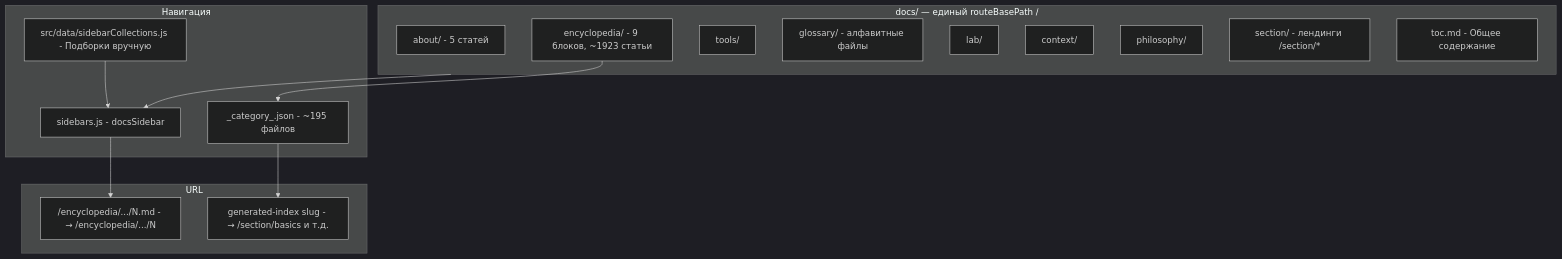
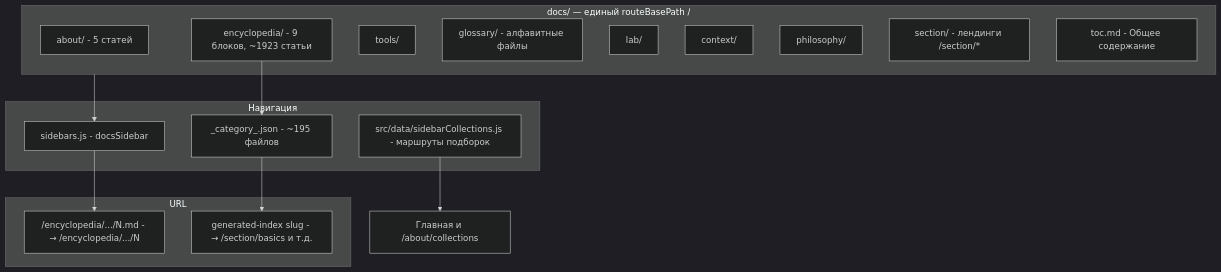
The fourth of 12 diagrams in info/ARCHITECTURE.md (Spirzen/it-knowledge-base), drawn with Mermaid (dark theme) before and after one commit. The commit also changed other lines of this file and 333 other files, not shown here.

````diff
--- a/info/ARCHITECTURE.md
+++ b/info/ARCHITECTURE.md
@@ -226,31 +226,31 @@
 ```mermaid
 flowchart TB
   subgraph docsTree [docs/ — единый routeBasePath /]
     About[about/ - 5 статей]
     Enc[encyclopedia/ - 9 блоков, ~1923 статьи]
     Tools[tools/]
     Gloss[glossary/ - алфавитные файлы]
     Lab[lab/]
     Ctx[context/]
     Phil[philosophy/]
     Sect[section/ - лендинги /section/*]
     Toc[toc.md - Общее содержание]
   end
 
   subgraph nav [Навигация]
     Sidebars[sidebars.js - docsSidebar]
     CatJSON["_category_.json - ~195 файлов"]
-    Coll[src/data/sidebarCollections.js - Подборки вручную]
+    Coll[src/data/sidebarCollections.js - маршруты подборок]
   end
 
   subgraph url [URL]
     Route["/encyclopedia/.../N.md - → /encyclopedia/.../N"]
     SectionSlug["generated-index slug - → /section/basics и т.д."]
   end
 
   Enc --> CatJSON
   docsTree --> Sidebars
-  Coll --> Sidebars
+  Coll --> Home[Главная и /about/collections]
   Sidebars --> Route
   CatJSON --> SectionSlug
 ```
````
